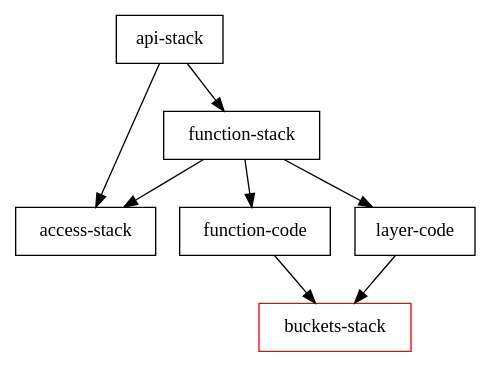
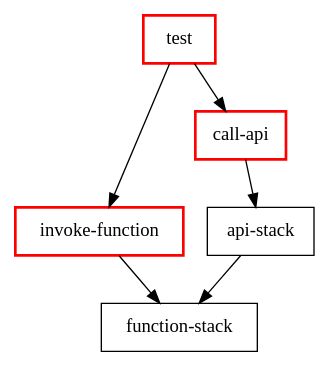
Before and after one commit to bachew/distmono: the diagram in docs/img/deps.dot, drawn with Graphviz. The commit also changed 10 other files, not shown here.

```diff
--- a/docs/img/deps.dot
+++ b/docs/img/deps.dot
@@ -1,7 +1,12 @@
 digraph {
     node [shape=rectangle]
-    "buckets-stack" [color=red]
-    "api-stack" -> {"function-stack", "access-stack"}
-    "function-stack" -> {"function-code", "layer-code", "access-stack"}
-    {"function-code", "layer-code"} -> "buckets-stack"
+    // "api-stack" -> {"function-stack", "access-stack"}
+    "api-stack" -> {"function-stack"}
+    // "function-stack" -> {"function-code", "layer-code", "access-stack"}
+    // {"function-code", "layer-code"} -> "buckets-stack"
+    // "api-stack" [color=red penwidth=2]
+    node [color=red penwidth=2]
+    "test" -> {"invoke-function", "call-api"}
+    "invoke-function" -> "function-stack"
+    "call-api" -> "api-stack"
 }
```
